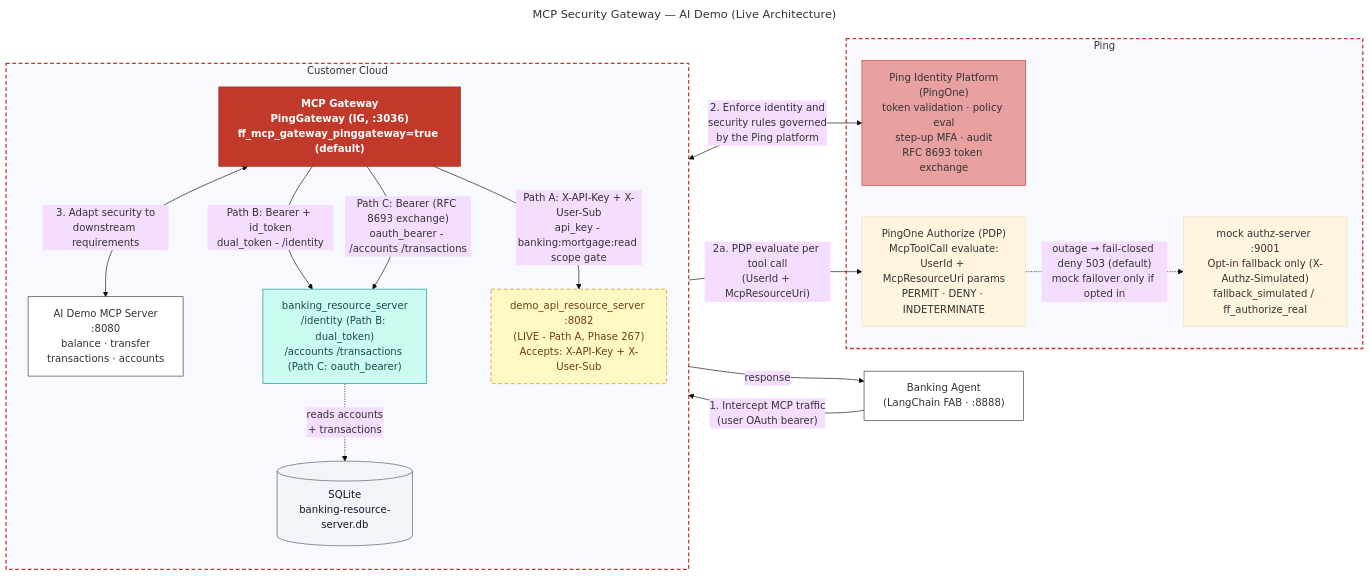
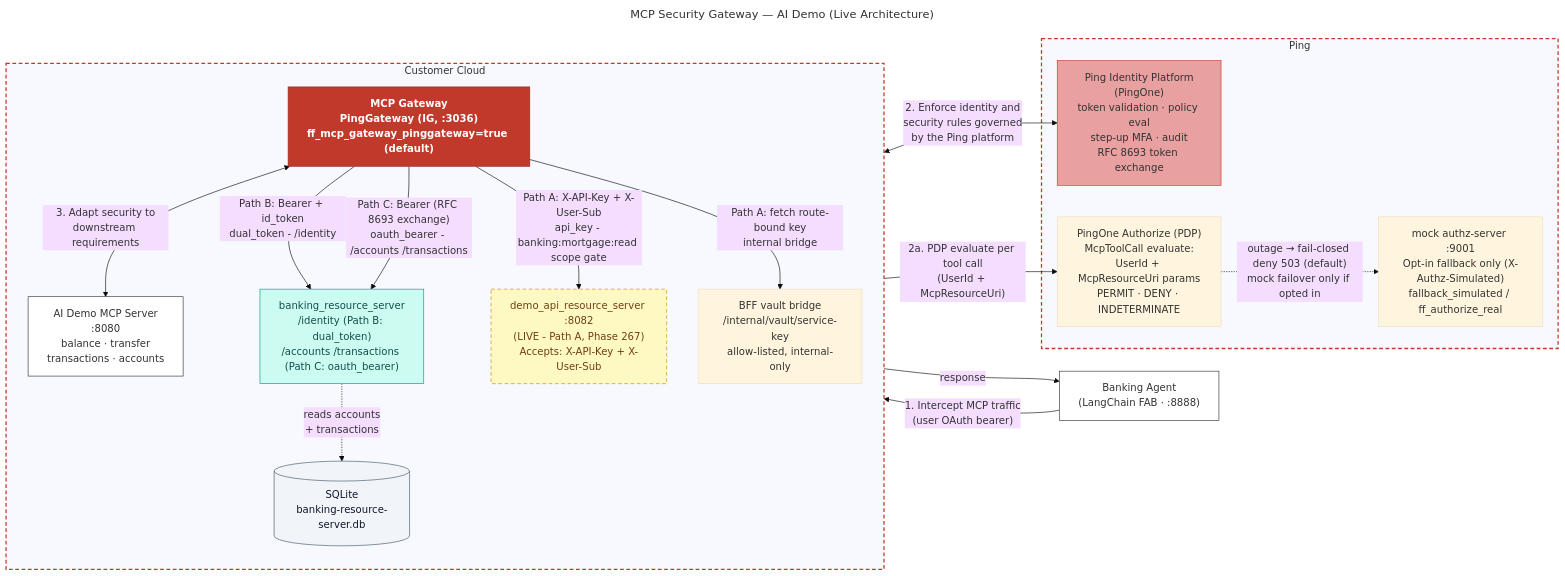
One commit to curtismu7/AI-DEMO2 changed the diagram in demo_api_ui/public/architecture/mcp-security-gateway.mmd. Above: the diagram before and after it, drawn with Mermaid (base theme). The commit also changed 23 other files, not shown here.

First line of the commit message:
feat: show vault API-key mediation in diagrams

```diff
--- a/demo_api_ui/public/architecture/mcp-security-gateway.mmd
+++ b/demo_api_ui/public/architecture/mcp-security-gateway.mmd
@@ -1,52 +1,54 @@
 ---
 title: MCP Security Gateway — AI Demo (Live Architecture)
 ---
 %% Phase 266 R2 (2026-05-11): One gateway, three credential mechanisms.
 %% 2026-06-18: PingGateway (IG, :3036) is the default MCP gateway (ff_mcp_gateway_pinggateway=true).
 %% Authorize params now include UserId + McpResourceUri in every McpToolCall request.
 %% Authorize outage: fail-closed deny 503 by default (AUTHORIZE_FAILOVER_MODE=deny). Mock authz-server:9001
 %% failover (X-Authz-Simulated) is opt-in only (fallback_simulated / ff_authorize_real).
 %% Path A (api_key): scope gate (banking:mortgage:read); OAuth bearer dropped; X-API-Key + X-User-Sub injected; calls demo_api_resource_server :8082 (Phase 267).
 %% Path B (dual_token): Bearer + id_token forwarded to banking_resource_server /identity.
 %% Path C (oauth_bearer): RFC 8693 exchange; Bearer (new aud) to banking_resource_server /accounts /transactions (SQLite).
 %% Paths B and C both reach the same banking_resource_server backend at different routes.
 flowchart LR
     BANKING_AGENT["Banking Agent\n(LangChain FAB · :8888)"]
 
     subgraph Customer["Customer Cloud"]
         direction TB
         GATEWAY["MCP Gateway\nPingGateway (IG, :3036)\nff_mcp_gateway_pinggateway=true (default)"]
         MCP_SERVER["AI Demo MCP Server\n:8080\nbalance · transfer\ntransactions · accounts"]
         GATEWAY <-->|"3. Adapt security to\ndownstream requirements"| MCP_SERVER
         BANKING_RS["banking_resource_server\n/identity (Path B: dual_token)\n/accounts /transactions (Path C: oauth_bearer)"]
         SQLITE[("SQLite\nbanking-resource-server.db")]
         API_KEY_BACKEND["demo_api_resource_server :8082\n(LIVE - Path A, Phase 267)\nAccepts: X-API-Key + X-User-Sub"]
+        VAULT["BFF vault bridge\n/internal/vault/service-key\nallow-listed, internal-only"]
     end
 
     subgraph Ping["Ping"]
         PING["Ping Identity Platform\n(PingOne)\ntoken validation · policy eval\nstep-up MFA · audit\nRFC 8693 token exchange"]
         PING_AUTHORIZE["PingOne Authorize (PDP)\nMcpToolCall evaluate:\nUserId + McpResourceUri params\nPERMIT · DENY · INDETERMINATE"]
         MOCK_AUTHZ["mock authz-server :9001\nOpt-in fallback only (X-Authz-Simulated)\nfallback_simulated / ff_authorize_real"]
     end
 
     BANKING_AGENT -->|"1. Intercept MCP traffic\n(user OAuth bearer)"| GATEWAY
     GATEWAY -->|"response"| BANKING_AGENT
     GATEWAY <-->|"2. Enforce identity and\nsecurity rules governed\nby the Ping platform"| PING
     GATEWAY -->|"2a. PDP evaluate per tool call\n(UserId + McpResourceUri)"| PING_AUTHORIZE
     PING_AUTHORIZE -.->|"outage → fail-closed deny 503 (default)\nmock failover only if opted in"| MOCK_AUTHZ
 
     %% Phase 266 R2: Three outbound credential paths from the Gateway
     GATEWAY -->|"Path B: Bearer + id_token\ndual_token - /identity"| BANKING_RS
     GATEWAY -->|"Path C: Bearer (RFC 8693 exchange)\noauth_bearer - /accounts /transactions"| BANKING_RS
     GATEWAY -->|"Path A: X-API-Key + X-User-Sub\napi_key - banking:mortgage:read scope gate"| API_KEY_BACKEND
+    GATEWAY -->|"Path A: fetch route-bound key\ninternal bridge"| VAULT
     BANKING_RS -.->|"reads accounts\n+ transactions"| SQLITE
 
     style GATEWAY fill:#c0392b,color:#fff,stroke:#922b21,font-weight:bold
     style PING fill:#e8a0a0,color:#333,stroke:#c0392b
     style BANKING_AGENT fill:#ffffff,stroke:#333
     style MCP_SERVER fill:#ffffff,stroke:#333
     style BANKING_RS fill:#ccfbf1,stroke:#0d9488,color:#134e4a
     style SQLITE fill:#f1f5f9,stroke:#475569,color:#0f172a
     style API_KEY_BACKEND fill:#fef9c3,stroke:#ca8a04,color:#713f12,stroke-dasharray: 6 4
     style Customer stroke:#c0392b,stroke-width:2px,stroke-dasharray: 6 4,color:#333
     style Ping stroke:#c0392b,stroke-width:2px,stroke-dasharray: 6 4,color:#333
```
